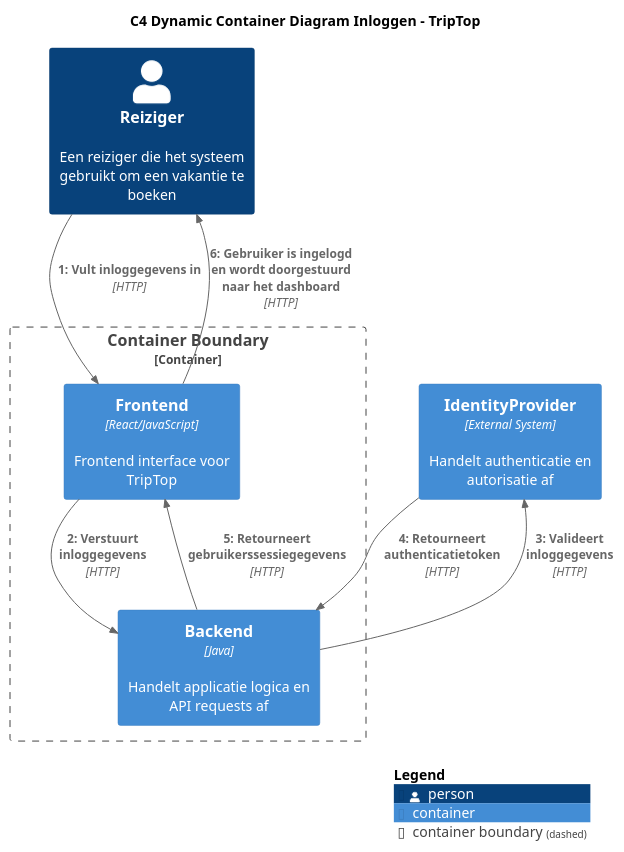
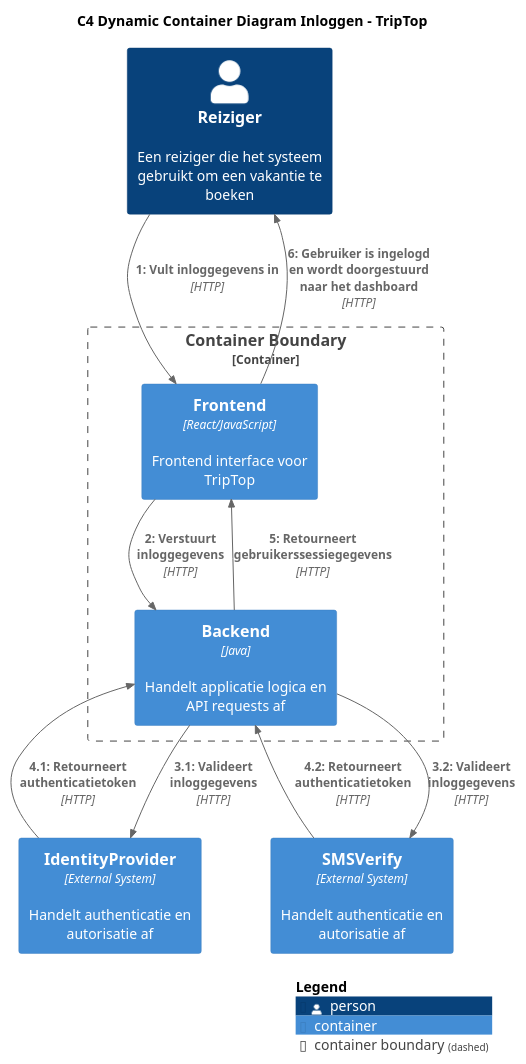
One commit to AIM-ENE-feb25/triptop-groep-b4 changed the diagram in C4_diagrammen/DynamicContainerDiagramLoggingIn.puml. Above: the diagram before and after it, drawn with PlantUML. The commit also changed 6 other files, not shown here.

Commit message:
Add SMS verify to C4 diagrams

```diff
--- a/C4_diagrammen/DynamicContainerDiagramLoggingIn.puml
+++ b/C4_diagrammen/DynamicContainerDiagramLoggingIn.puml
@@ -1,22 +1,25 @@
 @startuml
 !include https://raw.githubusercontent.com/plantuml-stdlib/C4-PlantUML/master/C4_Container.puml
 
 title C4 Dynamic Container Diagram Inloggen - TripTop
 
 Person(Reiziger, "Reiziger", "Een reiziger die het systeem gebruikt om een vakantie te boeken")
 
 Container_Boundary(ContainerBoundary, "Container Boundary") {
     Container(Frontend, "Frontend", "React/JavaScript", "Frontend interface voor TripTop")
     Container(Backend, "Backend", "Java", "Handelt applicatie logica en API requests af")
 }
 Container(IdentityProvider, "IdentityProvider", "External System", "Handelt authenticatie en autorisatie af")
+Container(SMSVerify, "SMSVerify", "External System", "Handelt authenticatie en autorisatie af")
 
 Rel(Reiziger, Frontend, "1: Vult inloggegevens in", $techn="HTTP", $tags="", $link="")
 Rel(Frontend, Backend, "2: Verstuurt inloggegevens", $techn="HTTP", $tags="", $link="")
-Rel(Backend, IdentityProvider, "3: Valideert inloggegevens", $techn="HTTP", $tags="", $link="")
-Rel(IdentityProvider, Backend, "4: Retourneert authenticatietoken", $techn="HTTP", $tags="", $link="")
+Rel(Backend, IdentityProvider, "3.1: Valideert inloggegevens", $techn="HTTP", $tags="", $link="")
+Rel(IdentityProvider, Backend, "4.1: Retourneert authenticatietoken", $techn="HTTP", $tags="", $link="")
+Rel(Backend, SMSVerify, "3.2: Valideert inloggegevens", $techn="HTTP", $tags="", $link="")
+Rel(SMSVerify, Backend, "4.2: Retourneert authenticatietoken", $techn="HTTP", $tags="", $link="")
 Rel(Backend, Frontend, "5: Retourneert gebruikerssessiegegevens", $techn="HTTP", $tags="", $link="")
 Rel(Frontend, Reiziger, "6: Gebruiker is ingelogd en wordt doorgestuurd naar het dashboard", $techn="HTTP", $tags="", $link="")
 
 SHOW_LEGEND(true)
 @enduml
```
